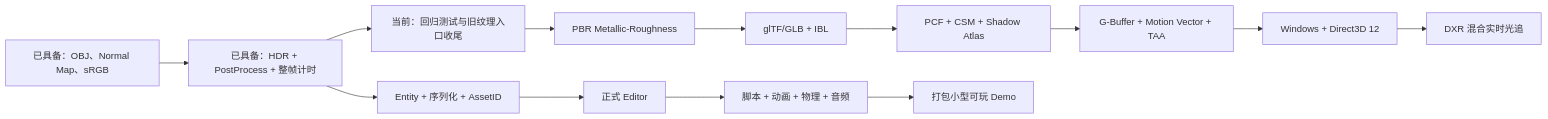
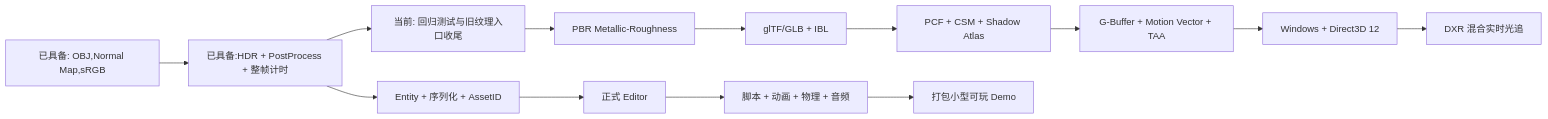
Before and after one commit to JackDowson2003/Limen-Engine: the third of 3 diagrams in README.md, drawn with Mermaid. The commit also changed other lines of this file and 4 other files, not shown here.

````diff
--- a/README.md
+++ b/README.md
@@ -435,16 +436,16 @@
 ```mermaid
 flowchart LR
-    A[已具备：OBJ、Normal Map、sRGB] --> B[已具备：HDR + PostProcess + 整帧计时]
-    B --> C[当前：回归测试与旧纹理入口收尾]
+    A[已具备: OBJ,Normal Map,sRGB] --> B[已具备:HDR + PostProcess + 整帧计时]
+    B --> C[当前: 回归测试与旧纹理入口收尾]
     C --> D[PBR Metallic-Roughness]
     D --> E[glTF/GLB + IBL]
     E --> F[PCF + CSM + Shadow Atlas]
     F --> G[G-Buffer + Motion Vector + TAA]
     G --> H[Windows + Direct3D 12]
     H --> I[DXR 混合实时光追]
 
     B --> J[Entity + 序列化 + AssetID]
     J --> K[正式 Editor]
     K --> L[脚本 + 动画 + 物理 + 音频]
     L --> M[打包小型可玩 Demo]
 ```
````
